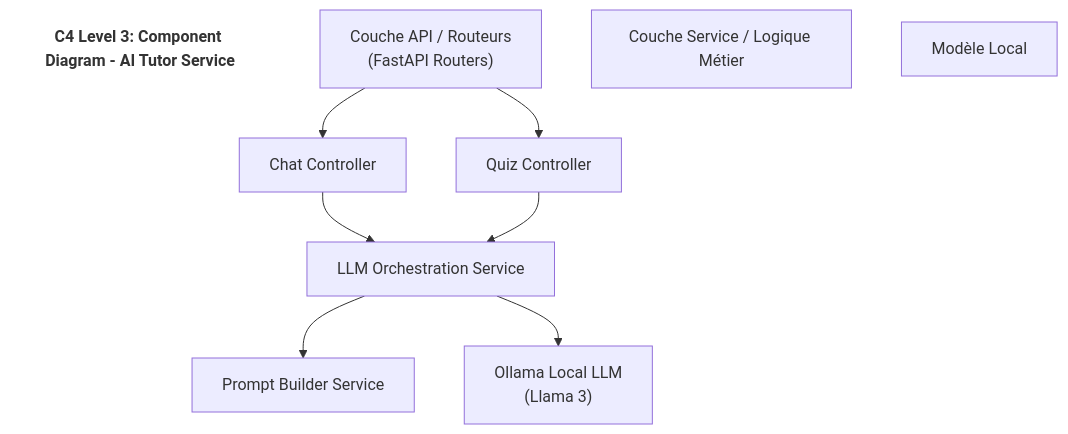
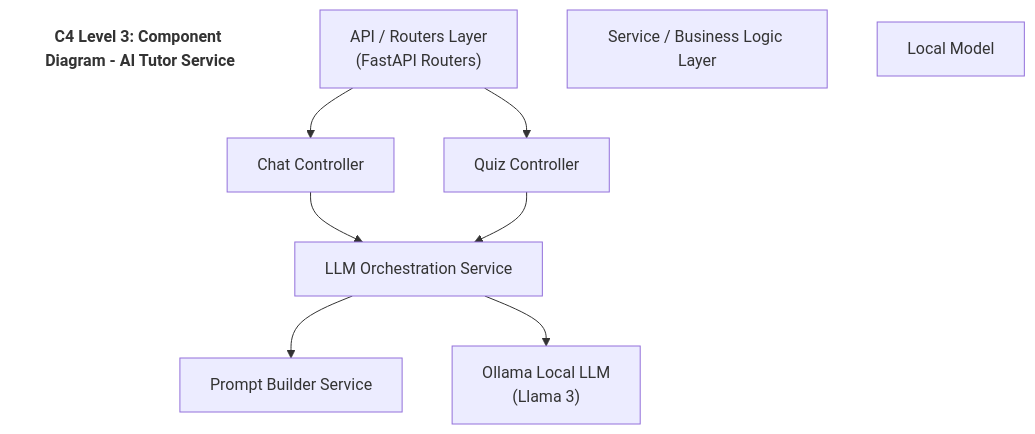
The sixth of 10 diagrams in architecture.md (Sen-Se1/elearning-microservice-platform), drawn with Mermaid before and after one commit. The commit also changed other lines of this file, not shown here.

Commit message:
docs: localize architecture terminology to English and refine Use Case diagrams

````diff
--- a/architecture.md
+++ b/architecture.md
@@ -180,23 +180,23 @@
 ```mermaid
 flowchart TD
     title["C4 Level 3: Component Diagram - AI Tutor Service"]
     style title fill:none,stroke:none,font-weight:bold,font-size:16px
 
-    API["Couche API / Routeurs<br/>(FastAPI Routers)"]
+    API["API / Routers Layer<br/>(FastAPI Routers)"]
     ChatCtrl["Chat Controller"]
     QuizCtrl["Quiz Controller"]
     
-    ServiceLayer["Couche Service / Logique Métier"]
+    ServiceLayer["Service / Business Logic Layer"]
     PromptLogic["Prompt Builder Service"]
     LLMLogic["LLM Orchestration Service"]
     
-    External["Modèle Local"]
+    External["Local Model"]
     Ollama["Ollama Local LLM<br/>(Llama 3)"]
 
     API --> ChatCtrl & QuizCtrl
     ChatCtrl --> LLMLogic
     QuizCtrl --> LLMLogic
     
     LLMLogic --> PromptLogic
     LLMLogic --> Ollama
 ```
````
